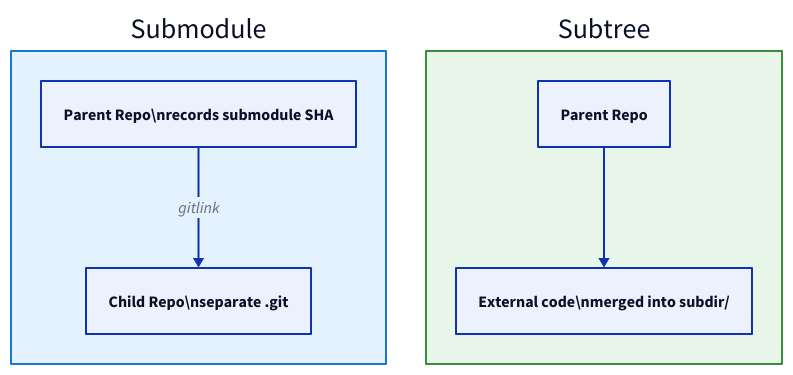
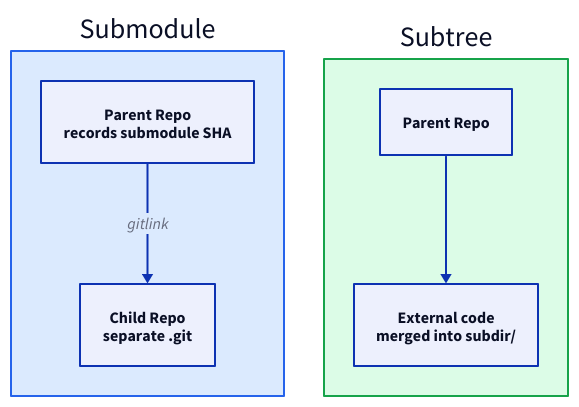
One commit to rebash-rebash/rebash-academy changed the diagram in docs/git/git-submodules-and-subtrees.md. Above: the diagram before and after it, drawn with D2. The commit also changed 177 other files, not shown here.

First line of the commit message:
Ship Terraform track, diagram polish, and new brand favicon.

````diff
--- a/docs/git/git-submodules-and-subtrees.md
+++ b/docs/git/git-submodules-and-subtrees.md
@@ -47,22 +47,22 @@
 ```d2
 direction: down
 
 SUBMOD: Submodule {
       style: {
-        fill: "#e3f2fd"
-        stroke: "#1976d2"
+        fill: "#dbeafe"
+        stroke: "#2563eb"
       }
-        PARENT: "Parent Repo\\nrecords submodule SHA"
-        CHILD: "Child Repo\\nseparate .git"
+        PARENT: "Parent Repo\nrecords submodule SHA"
+        CHILD: "Child Repo\nseparate .git"
         PARENT -> CHILD: gitlink
     }
     SUBTREE: Subtree {
       style: {
-        fill: "#e8f5e9"
-        stroke: "#388e3c"
+        fill: "#dcfce7"
+        stroke: "#16a34a"
       }
         PARENT2: "Parent Repo"
-        MERGED: "External code\\nmerged into subdir/"
+        MERGED: "External code\nmerged into subdir/"
         PARENT2 -> MERGED
     }
 ```
````
